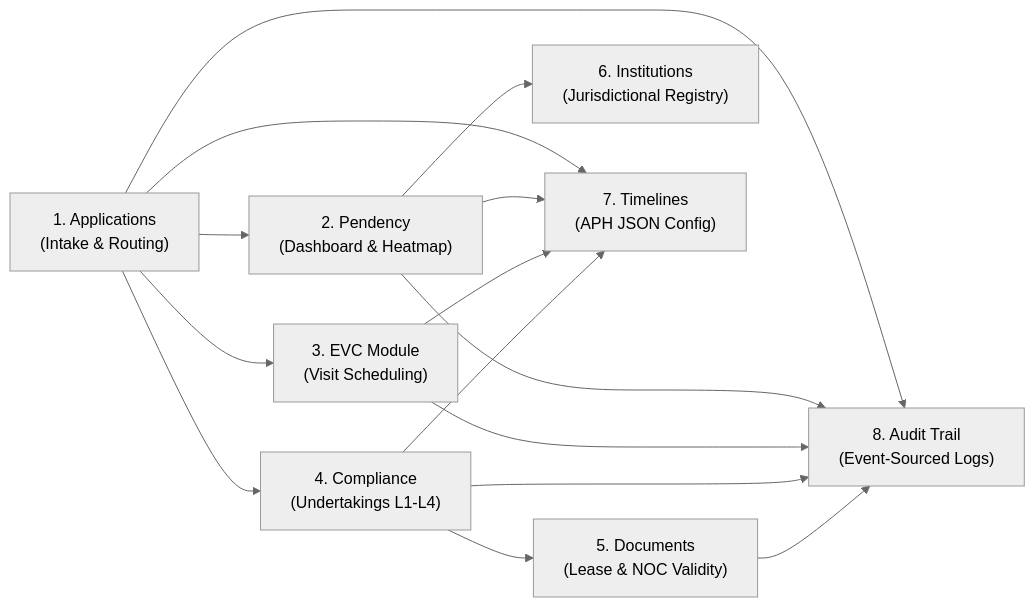
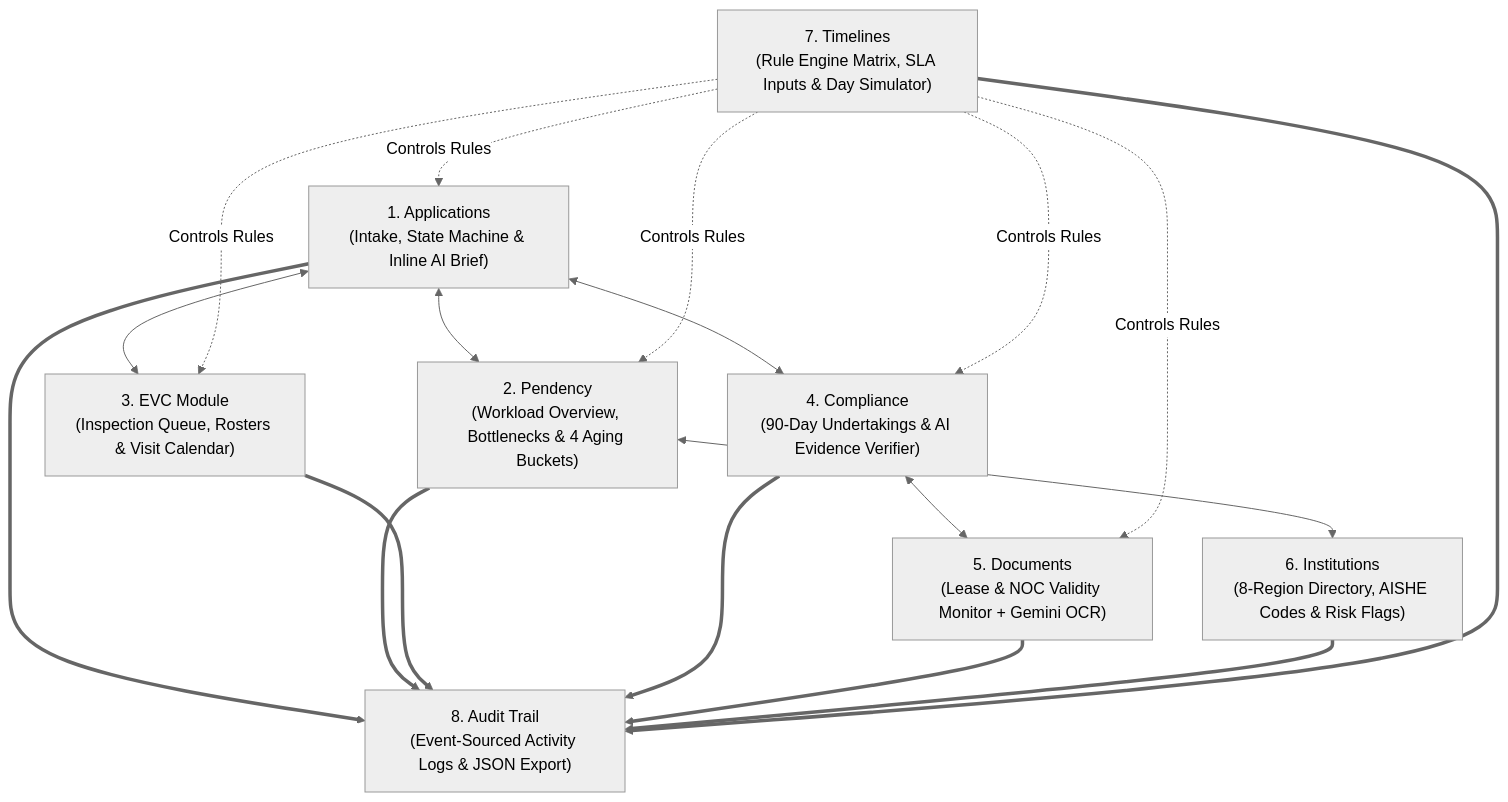
Before and after one commit to mufaddalbatti53/prototype-complisca: the third of 4 diagrams in README.md, drawn with Mermaid (neutral theme). The commit also changed other lines of this file, not shown here.

Commit message:
docs: complete full comprehensive README for CompliScan AICTE APH platform

````diff
--- a/README.md
+++ b/README.md
@@ -141,10 +192,19 @@
 ```mermaid
-flowchart LR
-    A["1. Applications\n(Intake & Routing)"] --> B["2. Pendency\n(Dashboard & Heatmap)"]
-    A --> C["3. EVC Module\n(Visit Scheduling)"]
-    A --> D["4. Compliance\n(Undertakings L1-L4)"]
-    D --> E["5. Documents\n(Lease & NOC Validity)"]
-    B --> G["6. Institutions\n(Jurisdictional Registry)"]
-    A & B & C & D --> F["7. Timelines\n(APH JSON Config)"]
-    A & B & C & D & E --> H["8. Audit Trail\n(Event-Sourced Logs)"]
+flowchart TD
+    M1["1. Applications\n(Intake, State Machine & Inline AI Brief)"]
+    M2["2. Pendency\n(Workload Overview, Bottlenecks & 4 Aging Buckets)"]
+    M3["3. EVC Module\n(Inspection Queue, Rosters & Visit Calendar)"]
+    M4["4. Compliance\n(90-Day Undertakings & AI Evidence Verifier)"]
+    M5["5. Documents\n(Lease & NOC Validity Monitor + Gemini OCR)"]
+    M6["6. Institutions\n(8-Region Directory, AISHE Codes & Risk Flags)"]
+    M7["7. Timelines\n(Rule Engine Matrix, SLA Inputs & Day Simulator)"]
+    M8["8. Audit Trail\n(Event-Sourced Activity Logs & JSON Export)"]
+
+    M1 <--> M2
+    M1 <--> M3
+    M1 <--> M4
+    M4 <--> M5
+    M2 <--> M6
+    M7 -. Controls Rules .-> M1 & M2 & M3 & M4 & M5
+    M1 & M2 & M3 & M4 & M5 & M6 & M7 ==> M8
 ```
````
